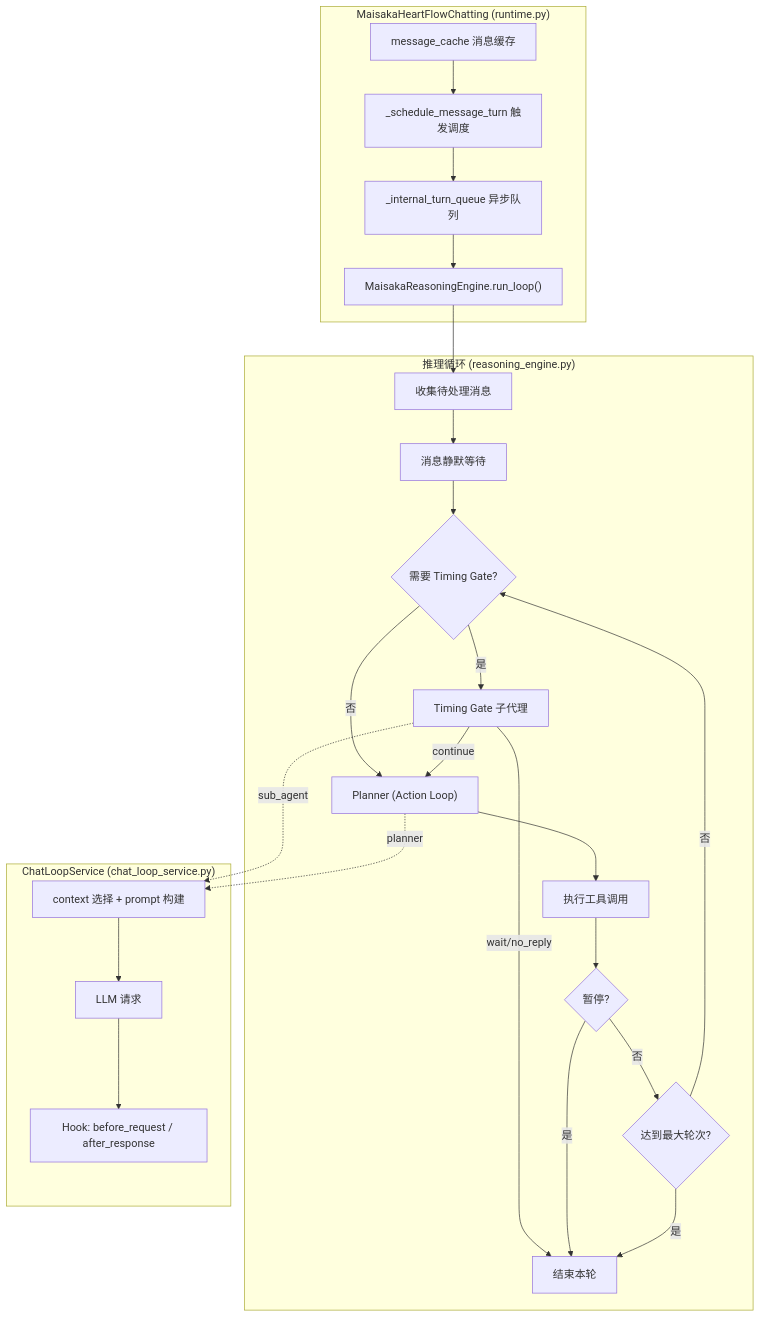
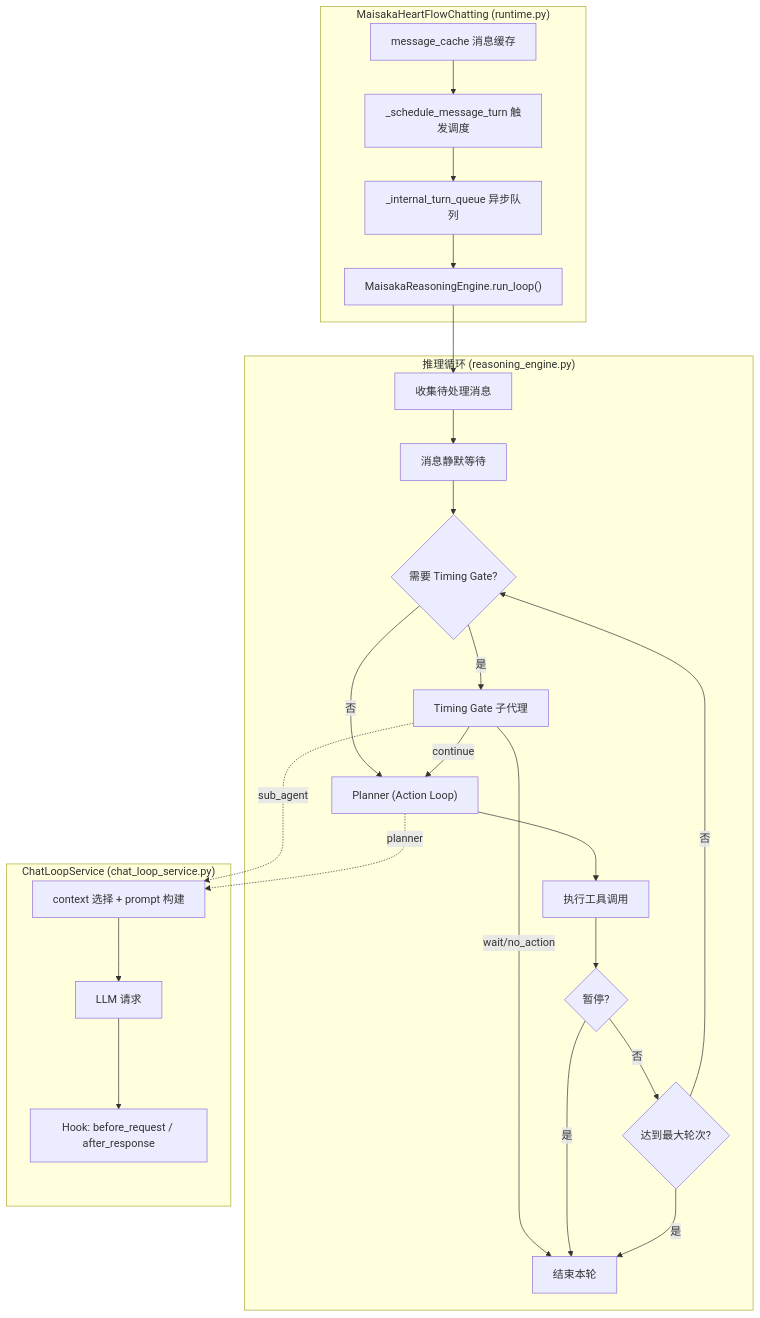
One commit to DrSmoothl/docs changed the first of 9 diagrams in develop/architecture/maisaka-reasoning.md. Above: the diagram before and after it, drawn with Mermaid. The commit also changed other lines of this file and 29 other files, not shown here.

````diff
--- a/develop/architecture/maisaka-reasoning.md
+++ b/develop/architecture/maisaka-reasoning.md
@@ -11,29 +11,29 @@
 ```mermaid
 graph TD
     subgraph "MaisakaHeartFlowChatting (runtime.py)"
         A[message_cache 消息缓存] --> B[_schedule_message_turn 触发调度]
         B --> C[_internal_turn_queue 异步队列]
         C --> D["MaisakaReasoningEngine.run_loop()"]
     end
     subgraph "推理循环 (reasoning_engine.py)"
         D --> E[收集待处理消息]
         E --> F[消息静默等待]
         F --> G{需要 Timing Gate?}
         G -->|是| H["Timing Gate 子代理"]
         G -->|否| I["Planner (Action Loop)"]
         H -->|continue| I
-        H -->|wait/no_reply| J[结束本轮]
+        H -->|wait/no_action| J[结束本轮]
         I --> K[执行工具调用]
         K --> L{暂停?}
         L -->|是| J
         L -->|否| M{达到最大轮次?}
         M -->|是| J
         M -->|否| G
     end
     subgraph "ChatLoopService (chat_loop_service.py)"
         H -.->|sub_agent| N[context 选择 + prompt 构建]
         I -.->|planner| N
         N --> O[LLM 请求]
         O --> P["Hook: before_request / after_response"]
     end
 ```
````
